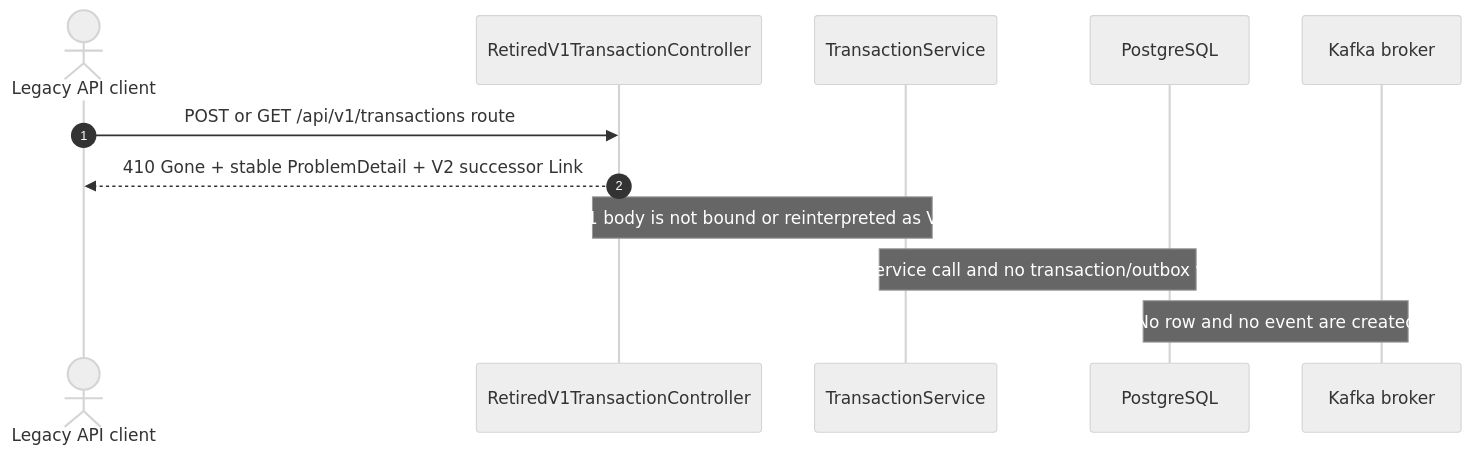
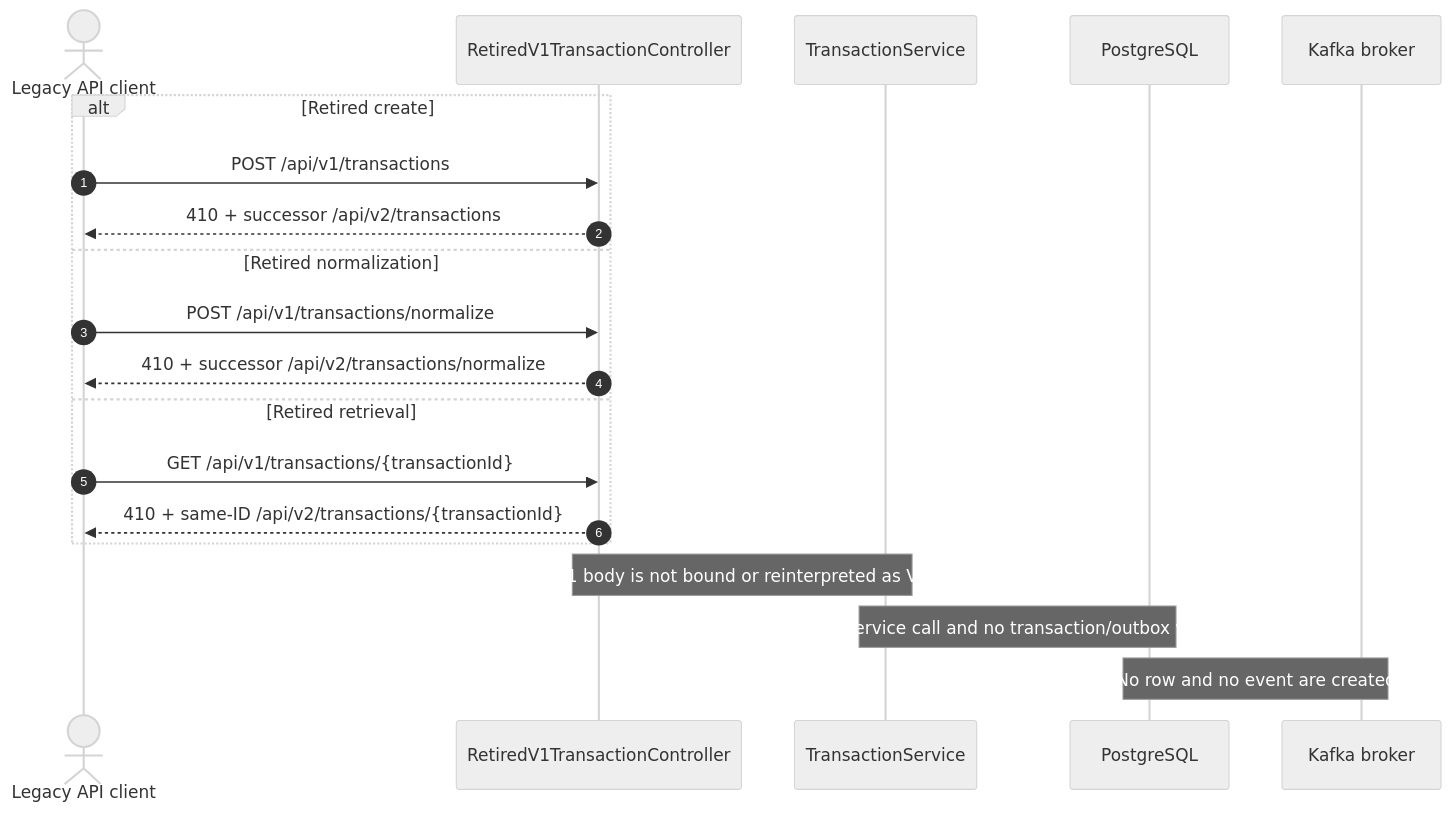
The fifth of 19 diagrams in docs/sequence-diagrams.md (tarunngusain08/transaction-outbox-service), drawn with Mermaid (neutral theme) before and after one commit. The commit also changed other lines of this file and 7 other files, not shown here.

````diff
--- a/docs/sequence-diagrams.md
+++ b/docs/sequence-diagrams.md
@@ -161,15 +161,23 @@
 ```mermaid
 sequenceDiagram
     autonumber
     actor Client as Legacy API client
     participant Retired as RetiredV1TransactionController
     participant Service as TransactionService
     participant DB as PostgreSQL
     participant Kafka as Kafka broker
 
-    Client->>Retired: POST or GET /api/v1/transactions route
-    Retired-->>Client: 410 Gone + stable ProblemDetail + V2 successor Link
+    alt Retired create
+        Client->>Retired: POST /api/v1/transactions
+        Retired-->>Client: 410 + successor /api/v2/transactions
+    else Retired normalization
+        Client->>Retired: POST /api/v1/transactions/normalize
+        Retired-->>Client: 410 + successor /api/v2/transactions/normalize
+    else Retired retrieval
+        Client->>Retired: GET /api/v1/transactions/{transactionId}
+        Retired-->>Client: 410 + same-ID /api/v2/transactions/{transactionId}
+    end
     Note over Retired,Service: V1 body is not bound or reinterpreted as V2
     Note over Service,DB: No service call and no transaction/outbox write
     Note over DB,Kafka: No row and no event are created
 ```
````
